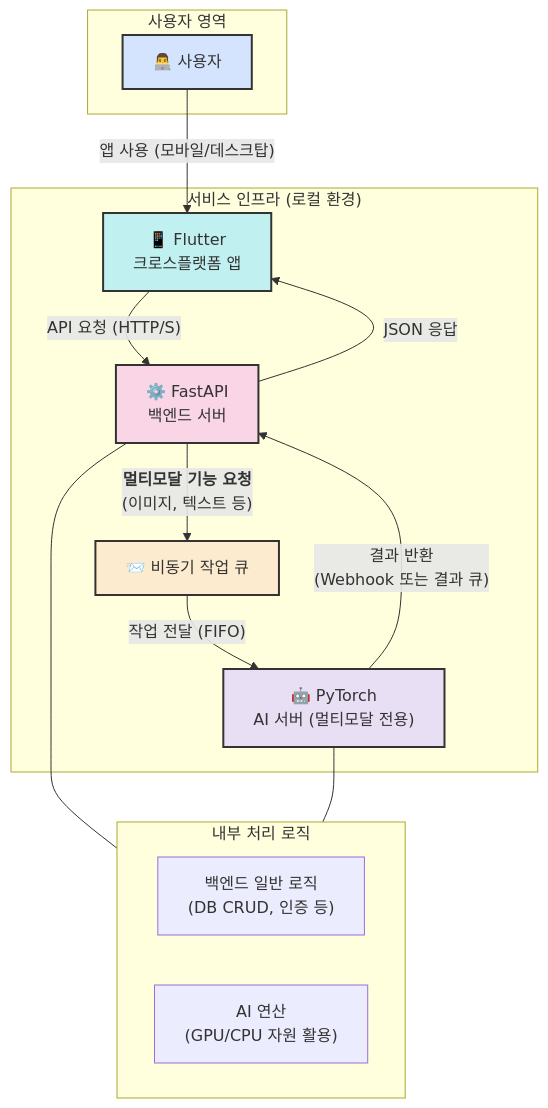
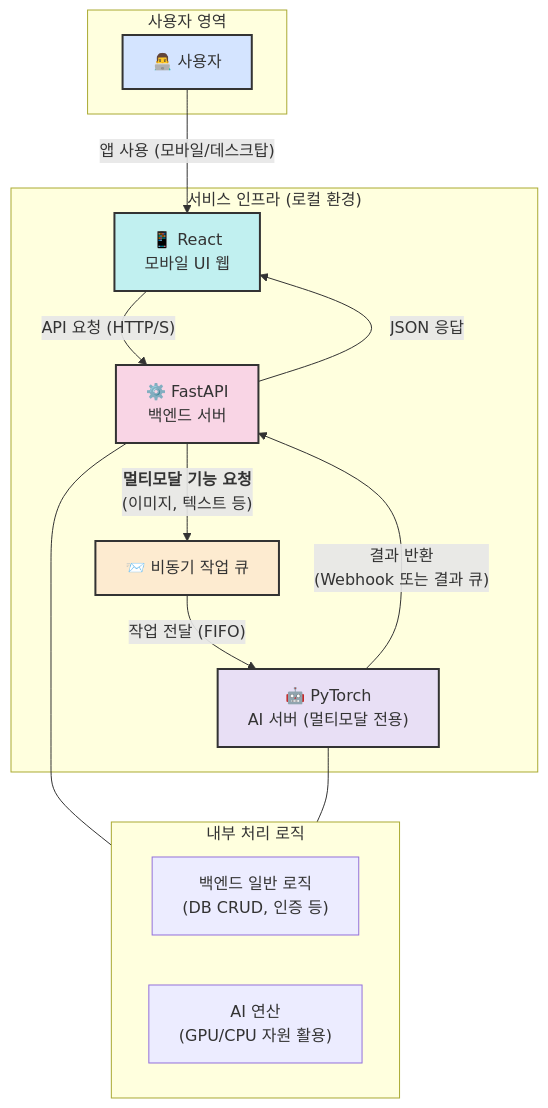
Before and after one commit to ShinYoung-hwan/pet-poison-guard: the diagram in README.md, drawn with Mermaid. The commit also changed other lines of this file and 31 other files, not shown here.

````diff
--- a/README.md
+++ b/README.md
@@ -13,40 +13,40 @@
 ```mermaid
 graph TD
     subgraph "사용자 영역"
         User["👨‍💻 사용자"]
     end
 
     subgraph "서비스 인프라 (로컬 환경)"
-        Frontend["📱 Flutter<br>크로스플랫폼 앱"]
+        Frontend["📱 React<br>모바일 UI 웹"]
         Backend["⚙️ FastAPI<br>백엔드 서버"]
         TaskQueue["📨 비동기 작업 큐<br>"]
         AIServer["🤖 PyTorch<br>AI 서버 (멀티모달 전용)"]
     end
 
     %% 데이터 흐름 정의
     User -- "앱 사용 (모바일/데스크탑)" --> Frontend
     
     Frontend -- "API 요청 (HTTP/S)" --> Backend
     Backend -- "JSON 응답" --> Frontend
     
     Backend -- "<b>멀티모달 기능 요청</b><br>(이미지, 텍스트 등)" --> TaskQueue
     TaskQueue -- "작업 전달 (FIFO)" --> AIServer
     
     AIServer -- "결과 반환<br>(Webhook 또는 결과 큐)" --> Backend
     
     subgraph "내부 처리 로직"
       direction LR
       Backend_Logic["백엔드 일반 로직<br>(DB CRUD, 인증 등)"]
       AI_Processing["AI 연산<br>(GPU/CPU 자원 활용)"]
       
       Backend --- Backend_Logic
       AIServer --- AI_Processing
     end
 
     %% 스타일링
     style User fill:#d4e4ff,stroke:#333,stroke-width:2px
     style Frontend fill:#c1f0f0,stroke:#333,stroke-width:2px
     style Backend fill:#f9d5e5,stroke:#333,stroke-width:2px
     style TaskQueue fill:#fdebd0,stroke:#333,stroke-width:2px
     style AIServer fill:#e8dff5,stroke:#333,stroke-width:2px
 ```
````
